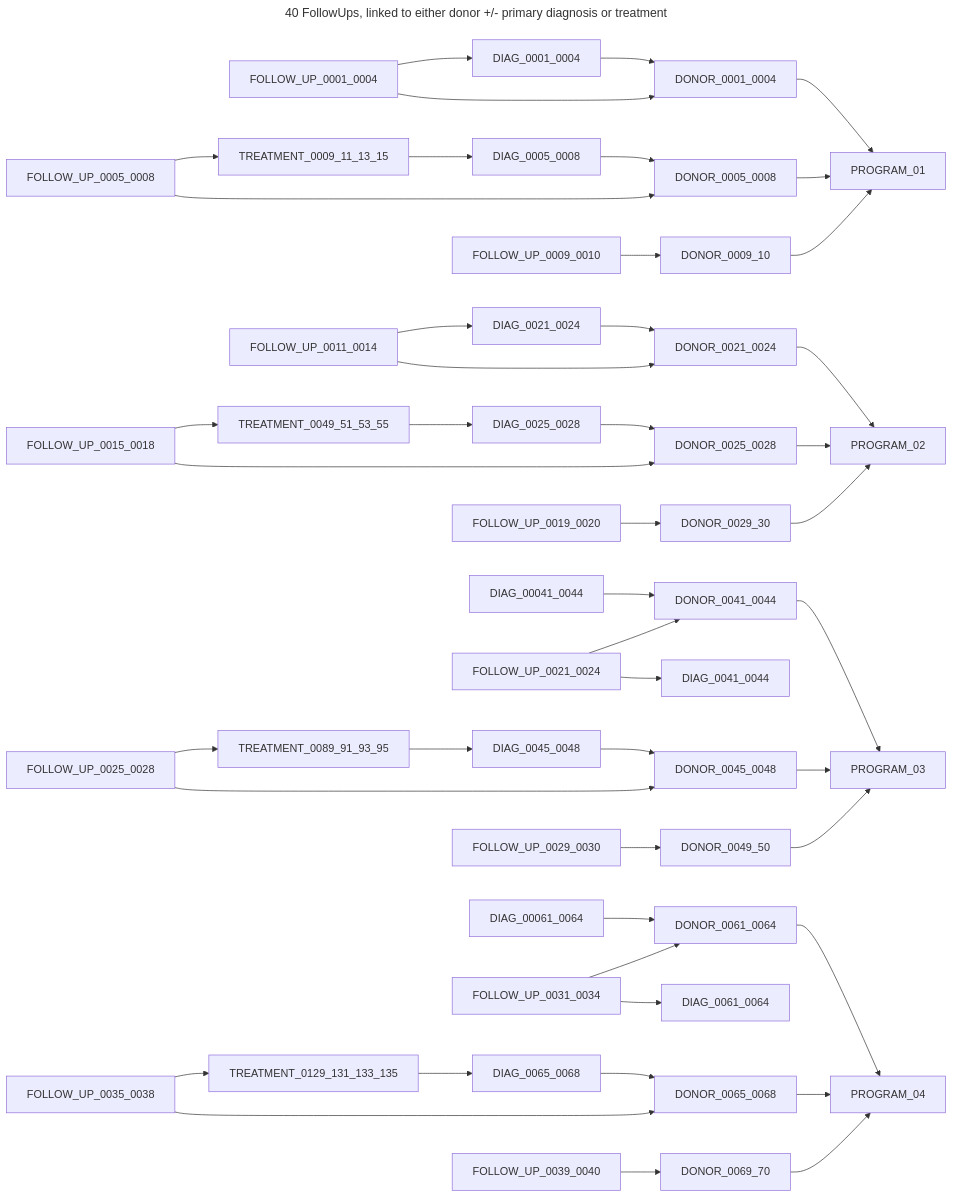
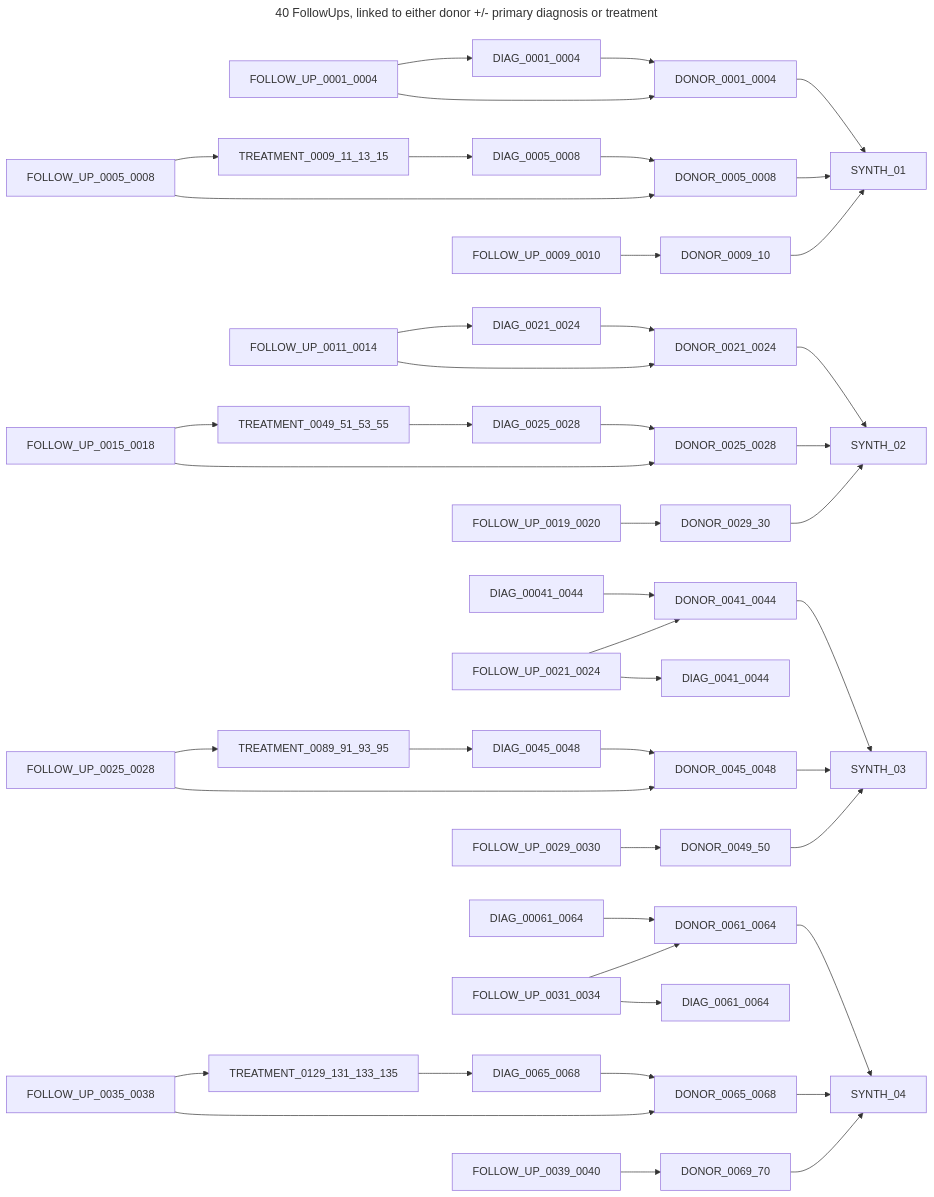
Before and after one commit to CanDIG/katsu: the seventh of 9 diagrams in chord_metadata_service/mohpackets/data/small_dataset/README.md, drawn with Mermaid. The commit also changed other lines of this file and 14 other files, not shown here.

````diff
--- a/chord_metadata_service/mohpackets/data/small_dataset/README.md
+++ b/chord_metadata_service/mohpackets/data/small_dataset/README.md
@@ -121,39 +121,39 @@
 ```mermaid
 ---
 title: 40 FollowUps, linked to either donor +/- primary diagnosis or treatment
 ---
 graph LR;  
-  DIAG_0001_0004 --> DONOR_0001_0004 --> PROGRAM_01;
+  DIAG_0001_0004 --> DONOR_0001_0004 --> SYNTH_01;
   FOLLOW_UP_0001_0004 --> DONOR_0001_0004;
   FOLLOW_UP_0001_0004 --> DIAG_0001_0004;
-  TREATMENT_0009_11_13_15 --> DIAG_0005_0008 --> DONOR_0005_0008 --> PROGRAM_01;
+  TREATMENT_0009_11_13_15 --> DIAG_0005_0008 --> DONOR_0005_0008 --> SYNTH_01;
   FOLLOW_UP_0005_0008 --> DONOR_0005_0008;
   FOLLOW_UP_0005_0008 --> TREATMENT_0009_11_13_15;
-  FOLLOW_UP_0009_0010 --> DONOR_0009_10 --> PROGRAM_01;
+  FOLLOW_UP_0009_0010 --> DONOR_0009_10 --> SYNTH_01;
 
-  DIAG_0021_0024 --> DONOR_0021_0024 --> PROGRAM_02;
+  DIAG_0021_0024 --> DONOR_0021_0024 --> SYNTH_02;
   FOLLOW_UP_0011_0014 --> DONOR_0021_0024;
   FOLLOW_UP_0011_0014 --> DIAG_0021_0024;
-  TREATMENT_0049_51_53_55 --> DIAG_0025_0028 --> DONOR_0025_0028 --> PROGRAM_02;
+  TREATMENT_0049_51_53_55 --> DIAG_0025_0028 --> DONOR_0025_0028 --> SYNTH_02;
   FOLLOW_UP_0015_0018 --> DONOR_0025_0028;
   FOLLOW_UP_0015_0018 --> TREATMENT_0049_51_53_55;
-  FOLLOW_UP_0019_0020 --> DONOR_0029_30 --> PROGRAM_02;
+  FOLLOW_UP_0019_0020 --> DONOR_0029_30 --> SYNTH_02;
 
-  DIAG_00041_0044 --> DONOR_0041_0044 --> PROGRAM_03;
+  DIAG_00041_0044 --> DONOR_0041_0044 --> SYNTH_03;
   FOLLOW_UP_0021_0024 --> DONOR_0041_0044;
   FOLLOW_UP_0021_0024 --> DIAG_0041_0044;
-  TREATMENT_0089_91_93_95 --> DIAG_0045_0048 --> DONOR_0045_0048 --> PROGRAM_03;
+  TREATMENT_0089_91_93_95 --> DIAG_0045_0048 --> DONOR_0045_0048 --> SYNTH_03;
   FOLLOW_UP_0025_0028 --> DONOR_0045_0048;
   FOLLOW_UP_0025_0028 --> TREATMENT_0089_91_93_95;
-  FOLLOW_UP_0029_0030 --> DONOR_0049_50 --> PROGRAM_03;
+  FOLLOW_UP_0029_0030 --> DONOR_0049_50 --> SYNTH_03;
 
-  DIAG_00061_0064 --> DONOR_0061_0064 --> PROGRAM_04;
+  DIAG_00061_0064 --> DONOR_0061_0064 --> SYNTH_04;
   FOLLOW_UP_0031_0034 --> DONOR_0061_0064;
   FOLLOW_UP_0031_0034 --> DIAG_0061_0064;
-  TREATMENT_0129_131_133_135 --> DIAG_0065_0068 --> DONOR_0065_0068 --> PROGRAM_04;
+  TREATMENT_0129_131_133_135 --> DIAG_0065_0068 --> DONOR_0065_0068 --> SYNTH_04;
   FOLLOW_UP_0035_0038 --> DONOR_0065_0068;
   FOLLOW_UP_0035_0038 --> TREATMENT_0129_131_133_135;
-  FOLLOW_UP_0039_0040 --> DONOR_0069_70 --> PROGRAM_04;
+  FOLLOW_UP_0039_0040 --> DONOR_0069_70 --> SYNTH_04;
   
   
 ```
````
